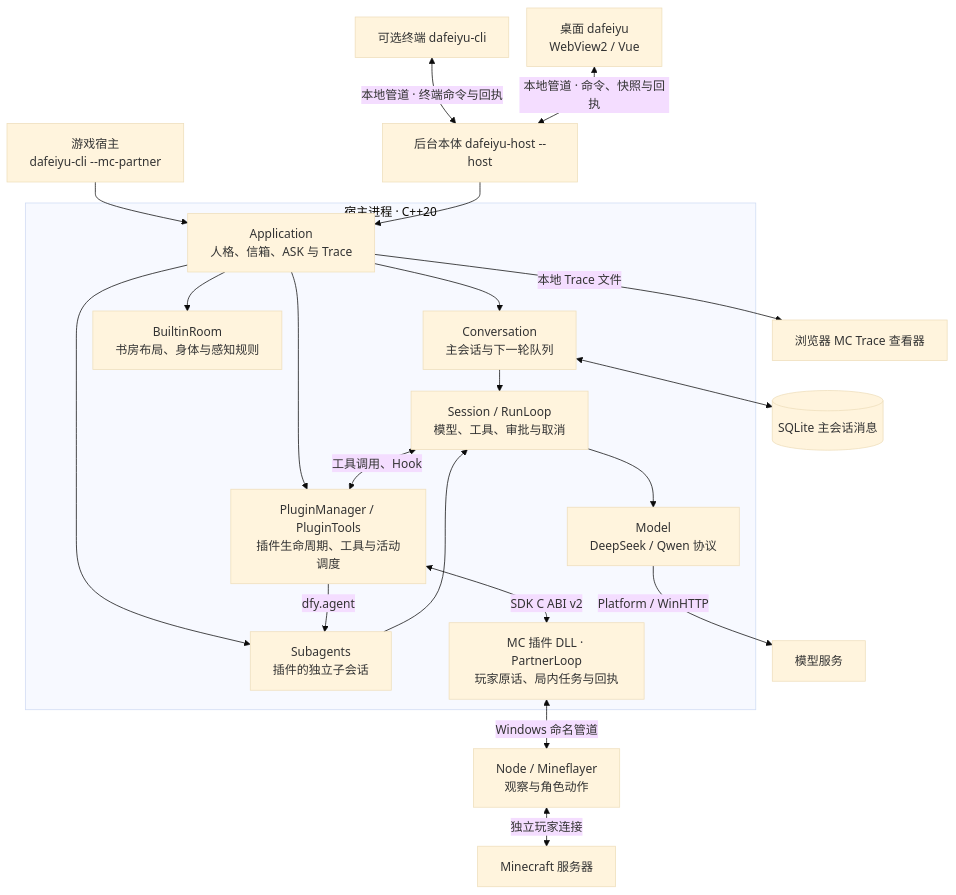
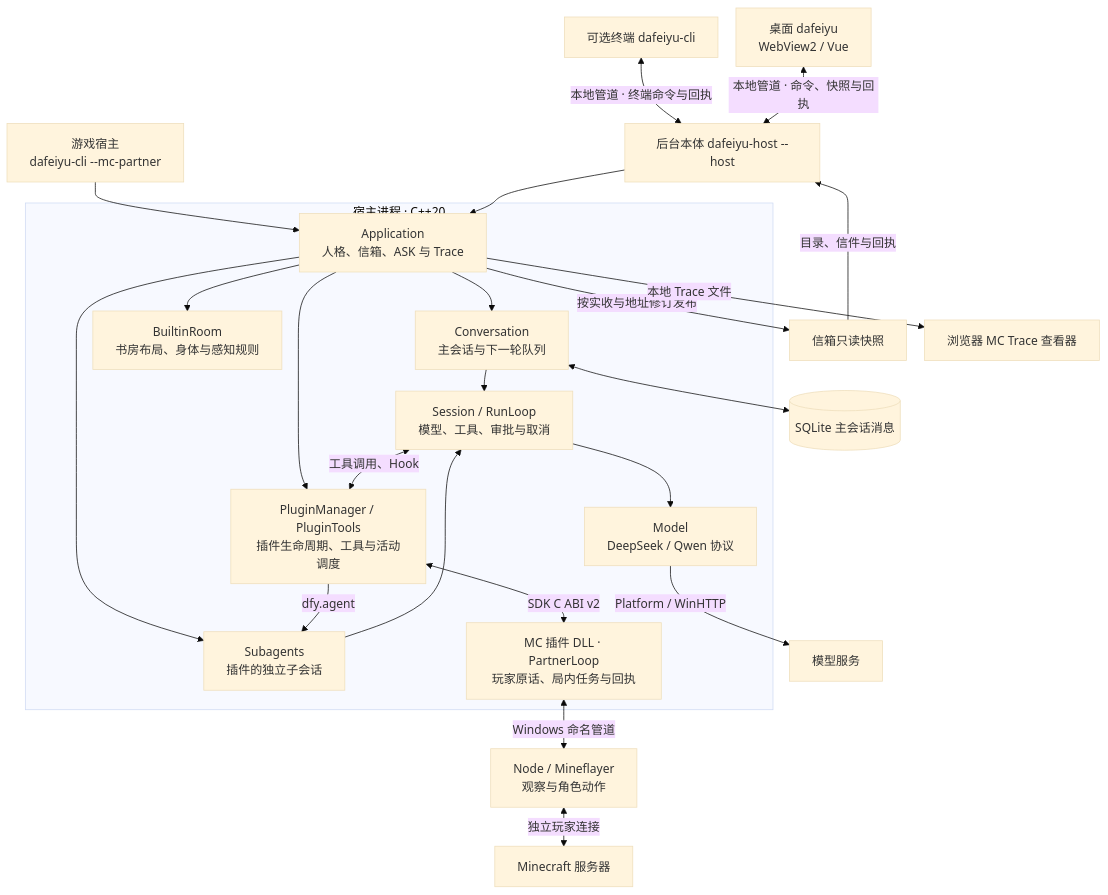
Before and after one commit to AuraKaliya/DaFeiYu-: the first of 5 diagrams in docs/architecture.md, drawn with Mermaid (base theme). The commit also changed other lines of this file and 2 other files, not shown here.

````diff
--- a/docs/architecture.md
+++ b/docs/architecture.md
@@ -46,42 +48,44 @@
 ```mermaid
 ---
 config:
   flowchart:
     rankSpacing: 28
     nodeSpacing: 24
 ---
 flowchart TB
     Terminal["可选终端 dafeiyu-cli"]
     GameHost["游戏宿主<br/>dafeiyu-cli --mc-partner"]
     Gui["桌面 dafeiyu<br/>WebView2 / Vue"]
 
     subgraph Host["宿主进程 · C++20"]
         App["Application<br/>人格、信箱、ASK 与 Trace"]
         Main["Conversation<br/>主会话与下一轮队列"]
         Room["BuiltinRoom<br/>书房布局、身体与感知规则"]
         Child["Subagents<br/>插件的独立子会话"]
         Run["Session / RunLoop<br/>模型、工具、审批与取消"]
         Plugins["PluginManager / PluginTools<br/>插件生命周期、工具与活动调度"]
         Mc["MC 插件 DLL · PartnerLoop<br/>玩家原话、局内任务与回执"]
         Model["Model<br/>DeepSeek / Qwen 协议"]
 
         App --> Main --> Run
         App --> Room
         App --> Child --> Run
         App --> Plugins
         Plugins -->|dfy.agent| Child
         Run <-->|工具调用、Hook| Plugins
         Plugins <-->|SDK C ABI v2| Mc
         Run --> Model
     end
 
     Terminal <-->|本地管道 · 终端命令与回执| Resident
     GameHost --> App
     Gui <-->|本地管道 · 命令、快照与回执| Resident["后台本体 dafeiyu-host --host"]
     Resident --> App
+    App -->|按实收与地址修订发布| MailView["信箱只读快照"]
+    MailView -->|目录、信件与回执| Resident
     Main <--> Messages[(SQLite 主会话消息)]
     App -->|本地 Trace 文件| Viewer["浏览器 MC Trace 查看器"]
     Model -->|Platform / WinHTTP| Service["模型服务"]
     Mc <-->|Windows 命名管道| Bridge["Node / Mineflayer<br/>观察与角色动作"]
     Bridge <-->|独立玩家连接| Minecraft["Minecraft 服务器"]
 ```
````
